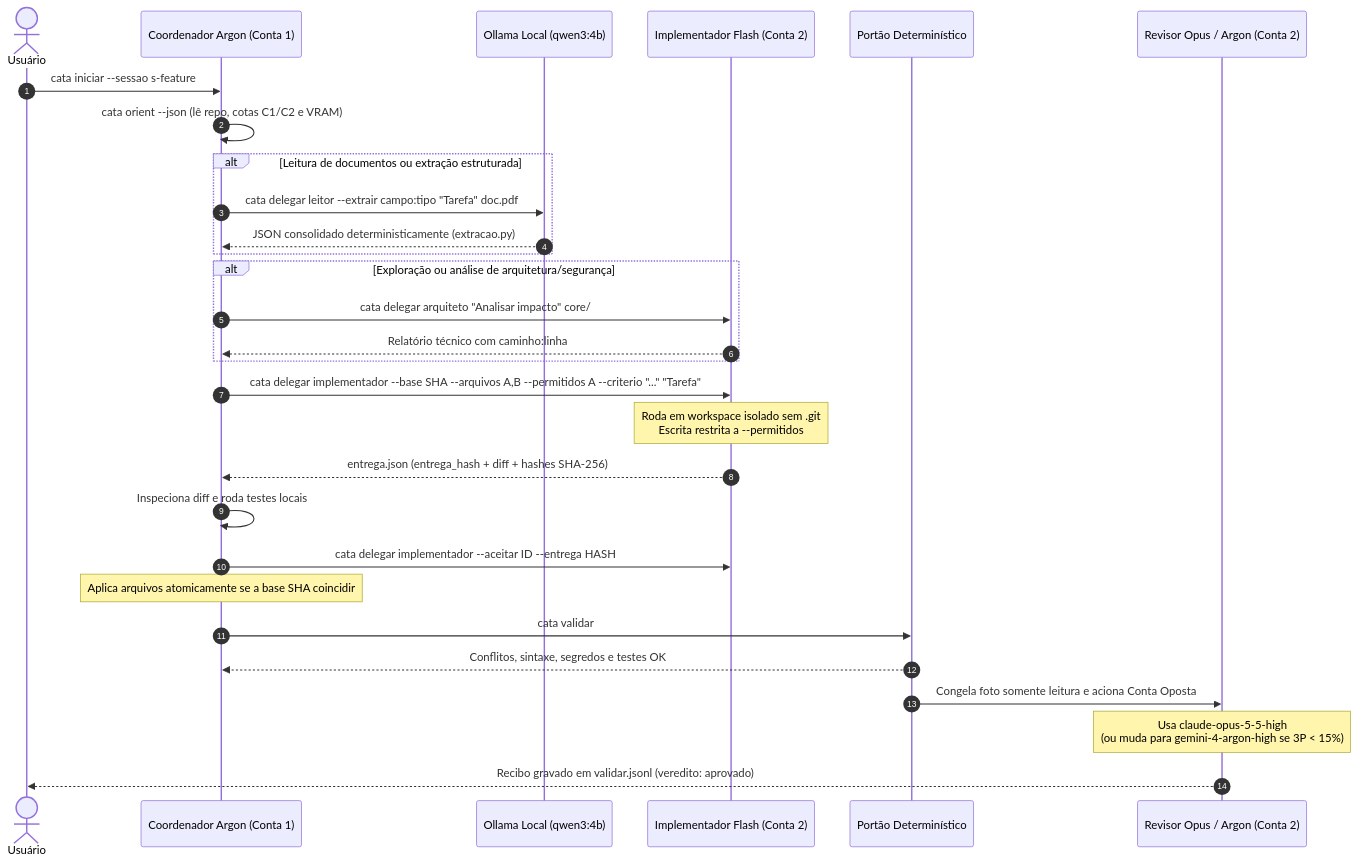
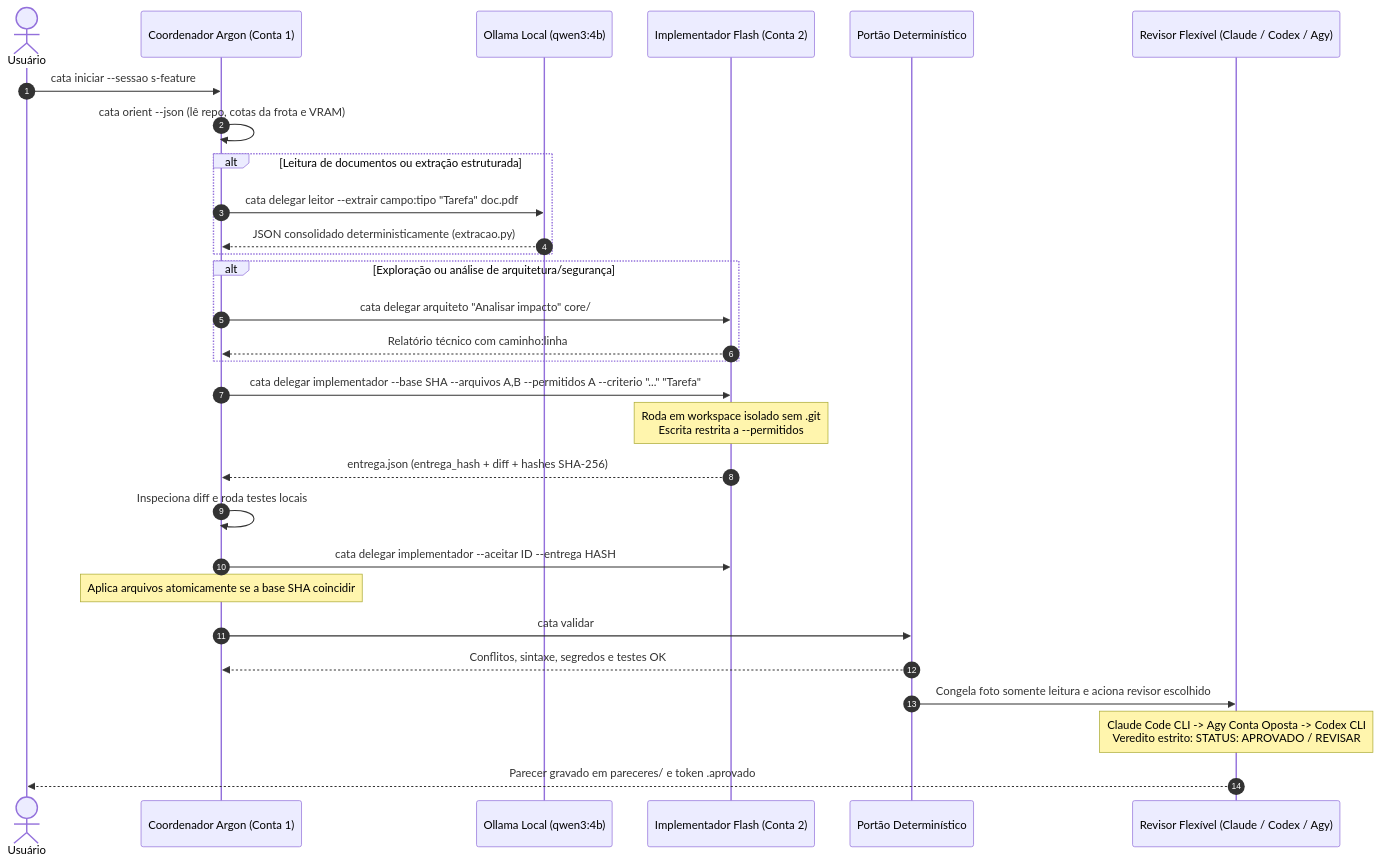
Before and after one commit to felipintoslv/catamara: the second of 3 diagrams in README.md, drawn with Mermaid. The commit also changed other lines of this file and 4 other files, not shown here.

````diff
--- a/README.md
+++ b/README.md
@@ -65,37 +83,37 @@
 ```mermaid
 sequenceDiagram
     autonumber
     actor U as Usuário
     participant C as Coordenador Argon (Conta 1)
     participant O as Ollama Local (qwen3:4b)
     participant F as Implementador Flash (Conta 2)
     participant D as Portão Determinístico
-    participant R as Revisor Opus / Argon (Conta 2)
+    participant R as Revisor Flexível (Claude / Codex / Agy)
 
     U->>C: cata iniciar --sessao s-feature
-    C->>C: cata orient --json (lê repo, cotas C1/C2 e VRAM)
+    C->>C: cata orient --json (lê repo, cotas da frota e VRAM)
     
     alt Leitura de documentos ou extração estruturada
         C->>O: cata delegar leitor --extrair campo:tipo "Tarefa" doc.pdf
         O-->>C: JSON consolidado deterministicamente (extracao.py)
     end
 
     alt Exploração ou análise de arquitetura/segurança
         C->>F: cata delegar arquiteto "Analisar impacto" core/
         F-->>C: Relatório técnico com caminho:linha
     end
 
     C->>F: cata delegar implementador --base SHA --arquivos A,B --permitidos A --criterio "..." "Tarefa"
     Note over F: Roda em workspace isolado sem .git<br>Escrita restrita a --permitidos
     F-->>C: entrega.json (entrega_hash + diff + hashes SHA-256)
 
     C->>C: Inspeciona diff e roda testes locais
     C->>F: cata delegar implementador --aceitar ID --entrega HASH
     Note over C: Aplica arquivos atomicamente se a base SHA coincidir
 
     C->>D: cata validar
     D-->>C: Conflitos, sintaxe, segredos e testes OK
-    D->>R: Congela foto somente leitura e aciona Conta Oposta
-    Note over R: Usa claude-opus-5-5-high<br>(ou muda para gemini-4-argon-high se 3P < 15%)
-    R-->>U: Recibo gravado em validar.jsonl (veredito: aprovado)
+    D->>R: Congela foto somente leitura e aciona revisor escolhido
+    Note over R: Claude Code CLI -> Agy Conta Oposta -> Codex CLI<br>Veredito estrito: STATUS: APROVADO / REVISAR
+    R-->>U: Parecer gravado em pareceres/ e token .aprovado
 ```
````
